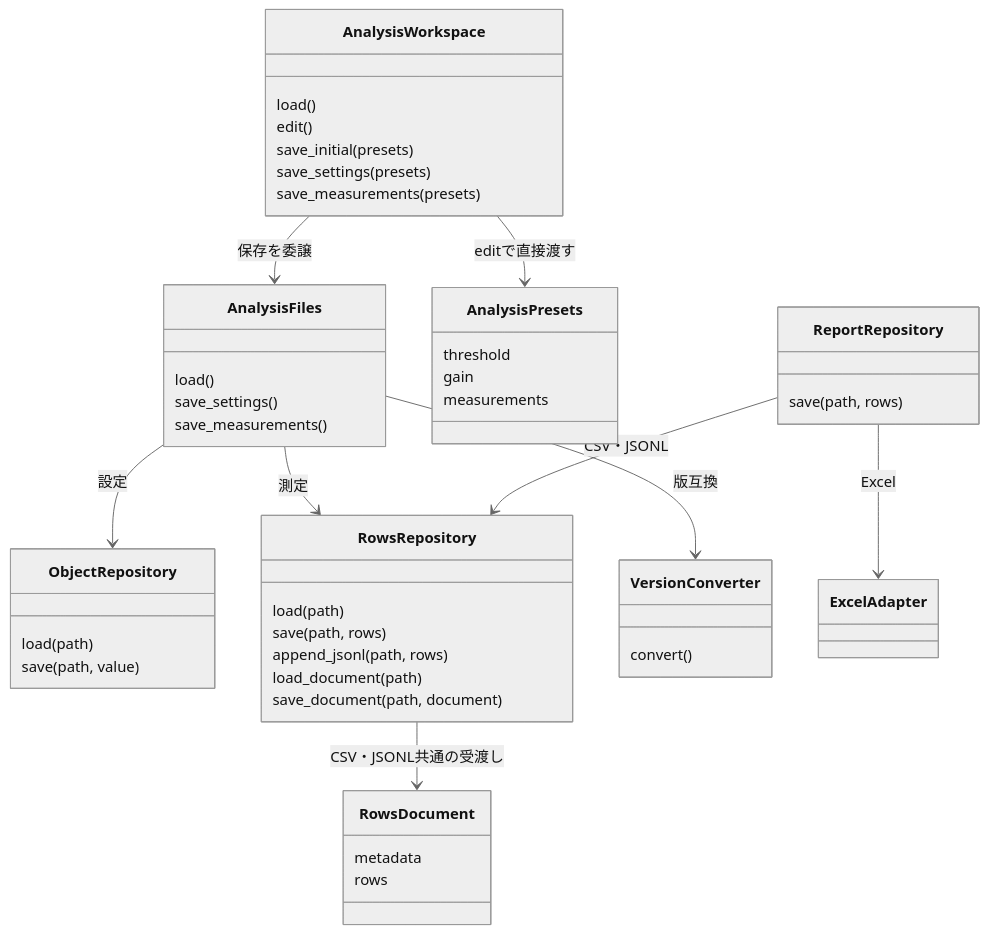
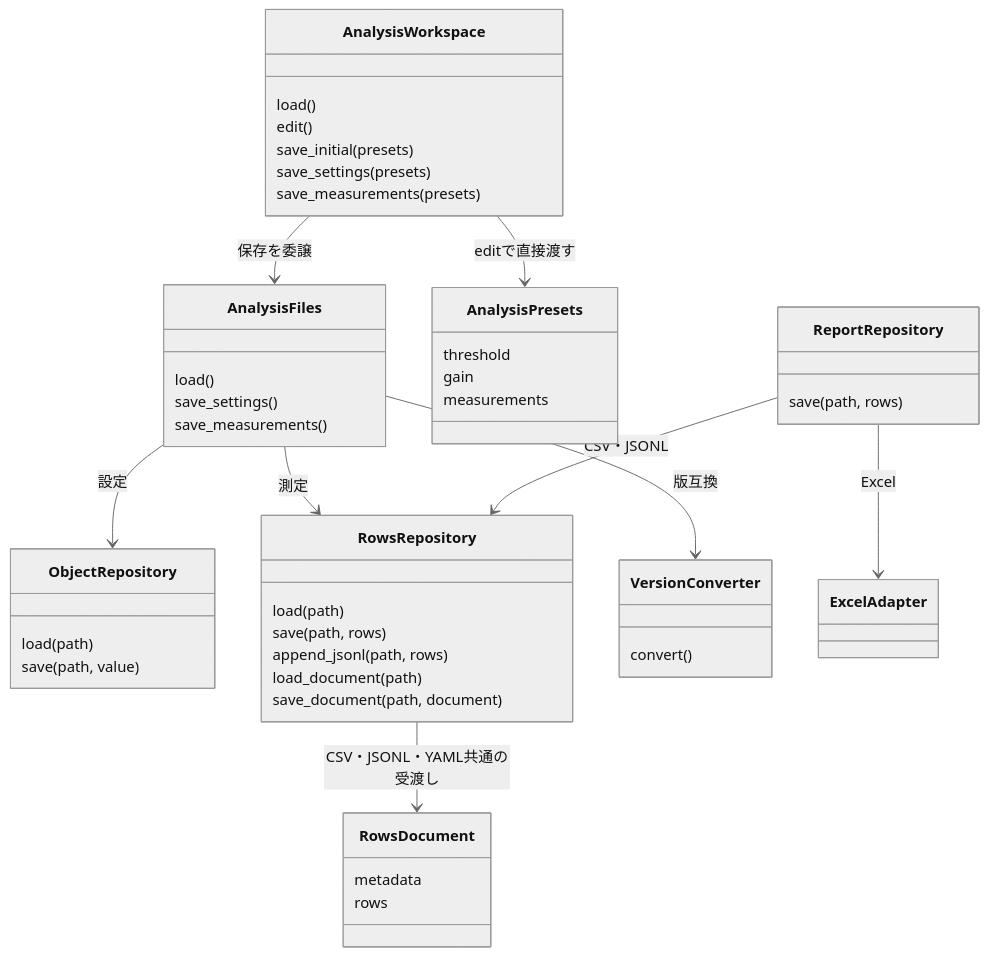
Before and after one commit to phyu1985/data_manager_layered: the second of 2 diagrams in docs/ARCHITECTURE.md, drawn with Mermaid (neutral theme). The commit also changed other lines of this file and 41 other files, not shown here.

````diff
--- a/docs/ARCHITECTURE.md
+++ b/docs/ARCHITECTURE.md
@@ -41,49 +41,49 @@
 ```mermaid
 classDiagram
     class AnalysisWorkspace {
         load()
         edit()
         save_initial(presets)
         save_settings(presets)
         save_measurements(presets)
     }
     class AnalysisFiles {
         load()
         save_settings()
         save_measurements()
     }
     class AnalysisPresets {
         threshold
         gain
         measurements
     }
     class ObjectRepository {
         load(path)
         save(path, value)
     }
     class RowsRepository {
         load(path)
         save(path, rows)
         append_jsonl(path, rows)
         load_document(path)
         save_document(path, document)
     }
     class RowsDocument {
         metadata
         rows
     }
-    RowsRepository --> RowsDocument : CSV・JSONL共通の受渡し
+    RowsRepository --> RowsDocument : CSV・JSONL・YAML共通の受渡し
     class VersionConverter {
         convert()
     }
     class ReportRepository {
         save(path, rows)
     }
     AnalysisWorkspace --> AnalysisFiles : 保存を委譲
     AnalysisWorkspace --> AnalysisPresets : editで直接渡す
     AnalysisFiles --> ObjectRepository : 設定
     AnalysisFiles --> RowsRepository : 測定
     AnalysisFiles --> VersionConverter : 版互換
     ReportRepository --> RowsRepository : CSV・JSONL
     ReportRepository --> ExcelAdapter : Excel
 ```
````
